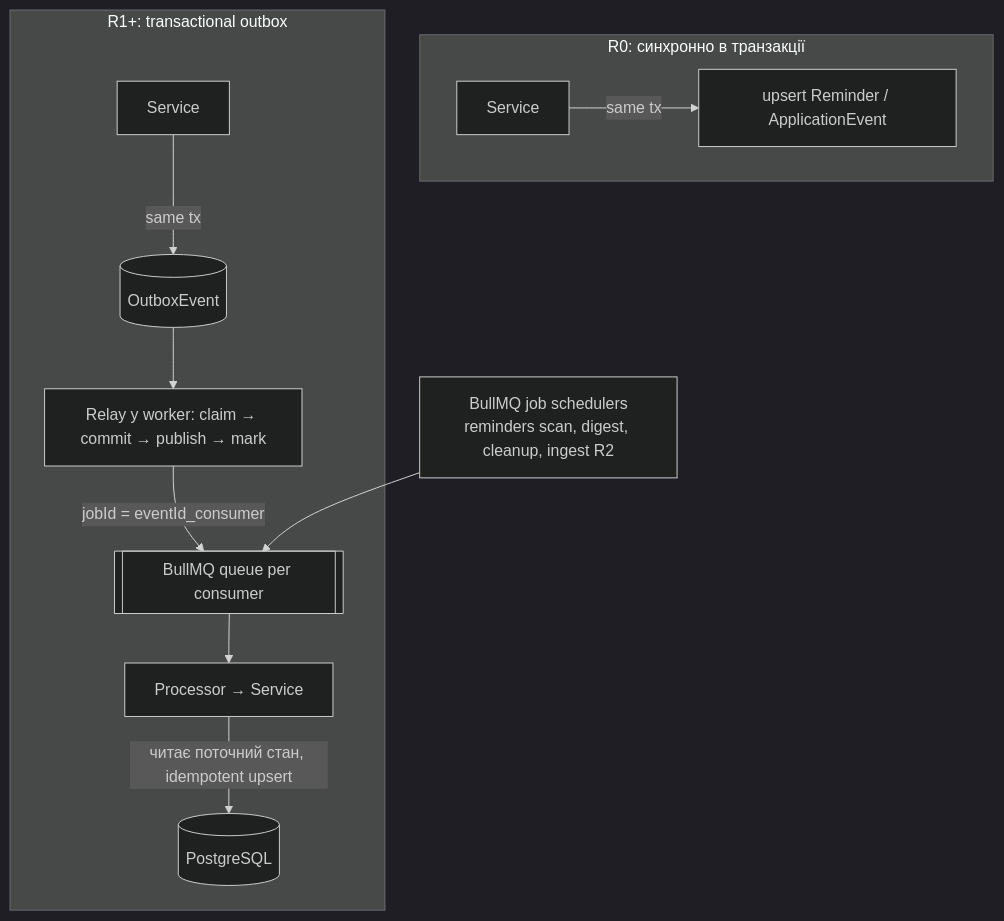
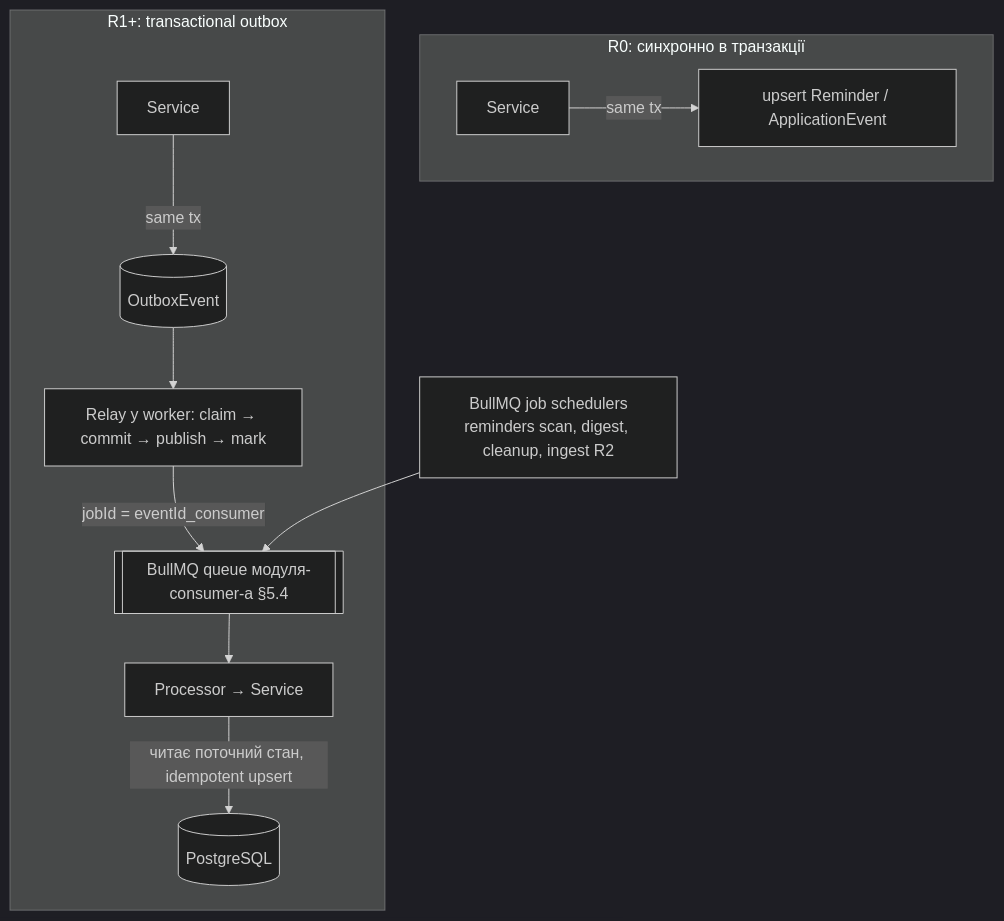
One commit to Oleg-Baltarovych/Applyra changed the third of 4 diagrams in docs/spec/04-architecture.md. Above: the diagram before and after it, drawn with Mermaid (dark theme). The commit also changed other lines of this file and 10 other files, not shown here.

First line of the commit message:
docs: OAuth sign-up rejection as redirect; BullMQ queue naming convention

````diff
--- a/docs/spec/04-architecture.md
+++ b/docs/spec/04-architecture.md
@@ -104,14 +104,14 @@
 ```mermaid
 flowchart TD
   subgraph R0["R0: синхронно в транзакції"]
     A0[Service] -->|same tx| X0[upsert Reminder / ApplicationEvent]
   end
   subgraph R1["R1+: transactional outbox"]
     A1[Service] -->|same tx| OB[(OutboxEvent)]
     OB --> RL[Relay у worker: claim → commit → publish → mark]
-    RL -->|jobId = eventId_consumer| Q1[[BullMQ queue per consumer]]
+    RL -->|jobId = eventId_consumer| Q1[[BullMQ queue модуля-consumer-а §5.4]]
     Q1 --> P1[Processor → Service]
     P1 -->|читає поточний стан, idempotent upsert| DB[(PostgreSQL)]
   end
   SCH[BullMQ job schedulers<br/>reminders scan, digest, cleanup, ingest R2] --> Q1
 ```
````
